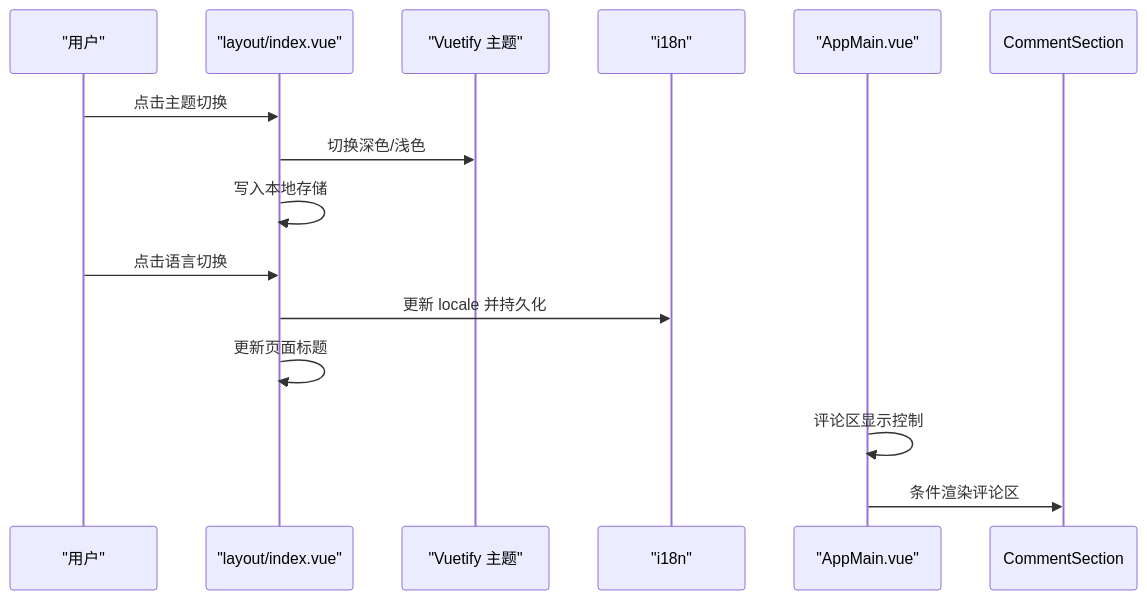
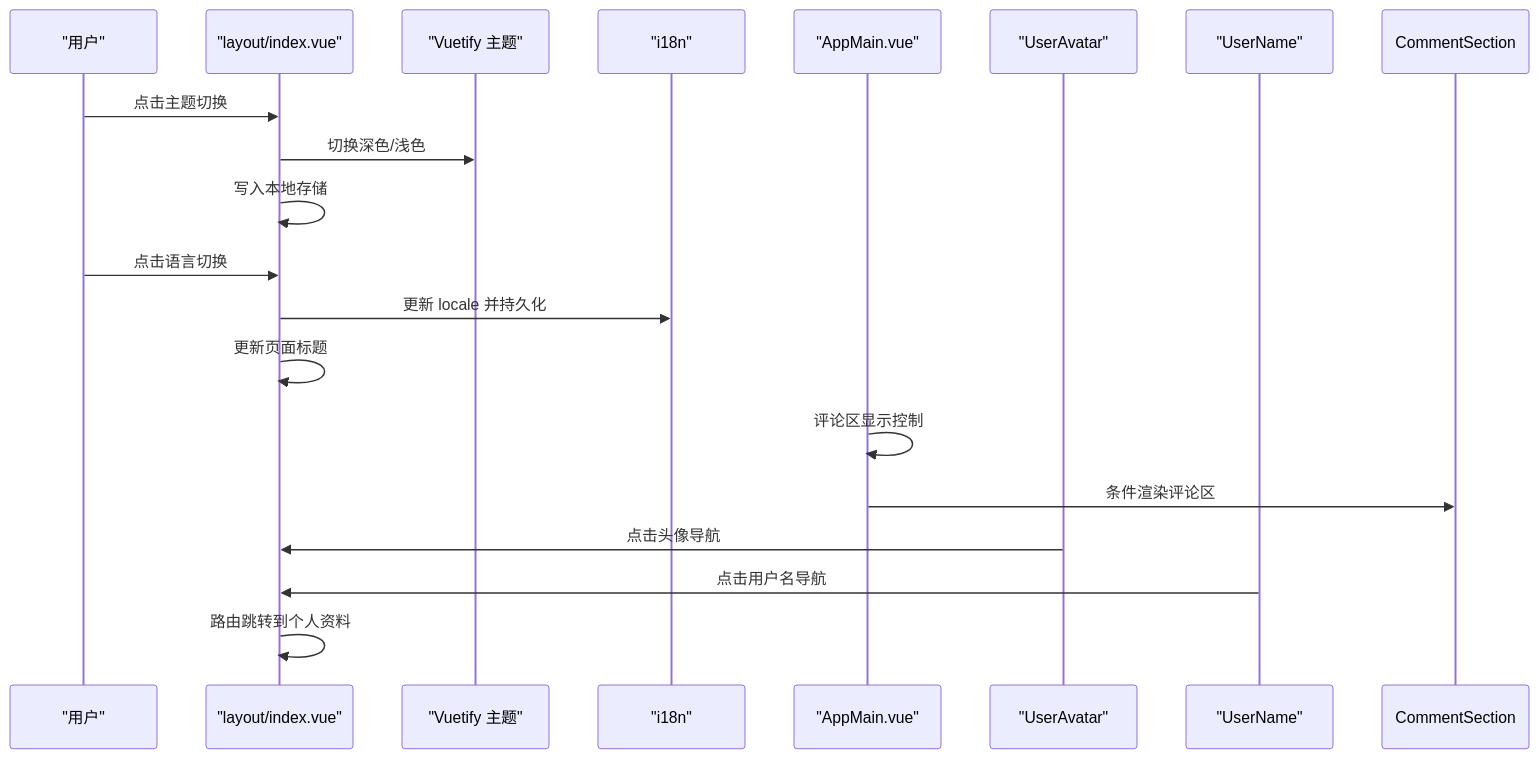
Before and after one commit to TinyMaD/SpeedRunnersLab: diagram 11 of 14 in .qoder/repowiki/zh/content/前端应用/UI 组件库/UI 组件库.md, drawn with Mermaid. The commit also changed other lines of this file and 9 other files, not shown here.

````diff
--- a/.qoder/repowiki/zh/content/前端应用/UI 组件库/UI 组件库.md
+++ b/.qoder/repowiki/zh/content/前端应用/UI 组件库/UI 组件库.md
@@ -350,16 +460,21 @@
 ```mermaid
 sequenceDiagram
 participant User as "用户"
 participant Layout as "layout/index.vue"
 participant Vuetify as "Vuetify 主题"
 participant I18n as "i18n"
 participant AppMain as "AppMain.vue"
+participant Avatar as "UserAvatar"
+participant Name as "UserName"
 User->>Layout : 点击主题切换
 Layout->>Vuetify : 切换深色/浅色
 Layout->>Layout : 写入本地存储
 User->>Layout : 点击语言切换
 Layout->>I18n : 更新 locale 并持久化
 Layout->>Layout : 更新页面标题
 AppMain->>AppMain : 评论区显示控制
 AppMain->>CommentSection : 条件渲染评论区
+Avatar->>Layout : 点击头像导航
+Name->>Layout : 点击用户名导航
+Layout->>Layout : 路由跳转到个人资料
 ```
````
